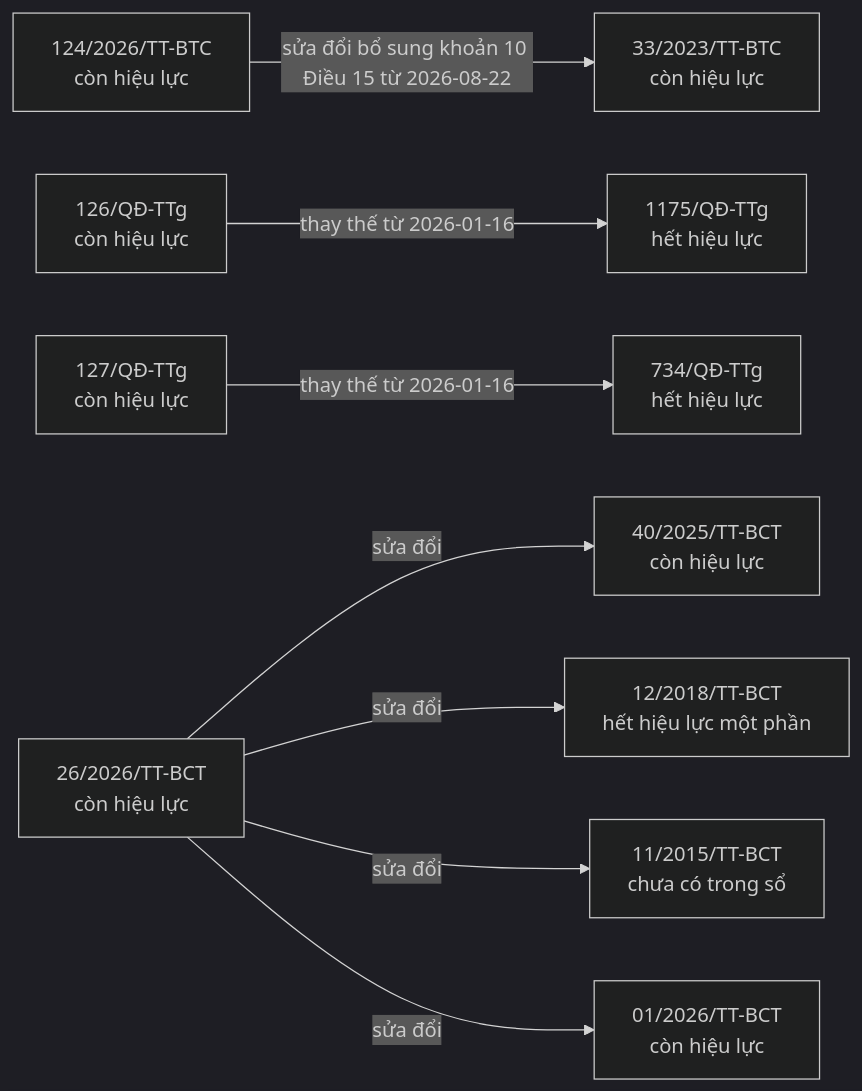
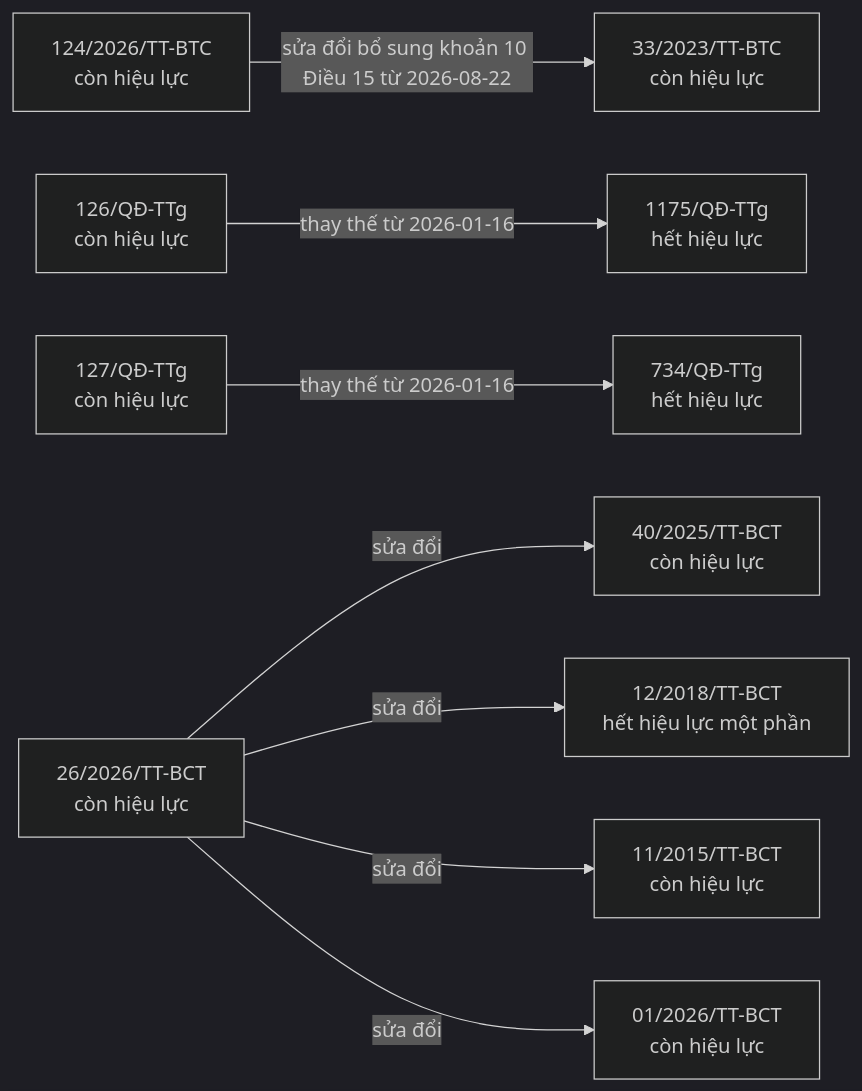
The ninth of 9 diagrams in bao-cao/quan-he.md (ozvietnam/oz-wiki-plhq), drawn with Mermaid (dark theme) before and after one commit. The commit also changed other lines of this file and 8 other files, not shown here.

````diff
--- a/bao-cao/quan-he.md
+++ b/bao-cao/quan-he.md
@@ -847,21 +859,21 @@
 ```mermaid
 flowchart LR
   n_124_2026_TT_BTC["124/2026/TT-BTC<br/>còn hiệu lực"]
   n_33_2023_TT_BTC["33/2023/TT-BTC<br/>còn hiệu lực"]
   n_126_Q__TTg["126/QĐ-TTg<br/>còn hiệu lực"]
   n_1175_Q__TTg["1175/QĐ-TTg<br/>hết hiệu lực"]
   n_127_Q__TTg["127/QĐ-TTg<br/>còn hiệu lực"]
   n_734_Q__TTg["734/QĐ-TTg<br/>hết hiệu lực"]
   n_26_2026_TT_BCT["26/2026/TT-BCT<br/>còn hiệu lực"]
   n_40_2025_TT_BCT["40/2025/TT-BCT<br/>còn hiệu lực"]
   n_12_2018_TT_BCT["12/2018/TT-BCT<br/>hết hiệu lực một phần"]
-  n_11_2015_TT_BCT["11/2015/TT-BCT<br/>chưa có trong sổ"]
+  n_11_2015_TT_BCT["11/2015/TT-BCT<br/>còn hiệu lực"]
   n_01_2026_TT_BCT["01/2026/TT-BCT<br/>còn hiệu lực"]
   n_124_2026_TT_BTC -->|sửa đổi bổ sung khoản 10 Điều 15 từ 2026-08-22| n_33_2023_TT_BTC
   n_126_Q__TTg -->|thay thế từ 2026-01-16| n_1175_Q__TTg
   n_127_Q__TTg -->|thay thế từ 2026-01-16| n_734_Q__TTg
   n_26_2026_TT_BCT -->|sửa đổi| n_40_2025_TT_BCT
   n_26_2026_TT_BCT -->|sửa đổi| n_12_2018_TT_BCT
   n_26_2026_TT_BCT -->|sửa đổi| n_11_2015_TT_BCT
   n_26_2026_TT_BCT -->|sửa đổi| n_01_2026_TT_BCT
 ```
````
